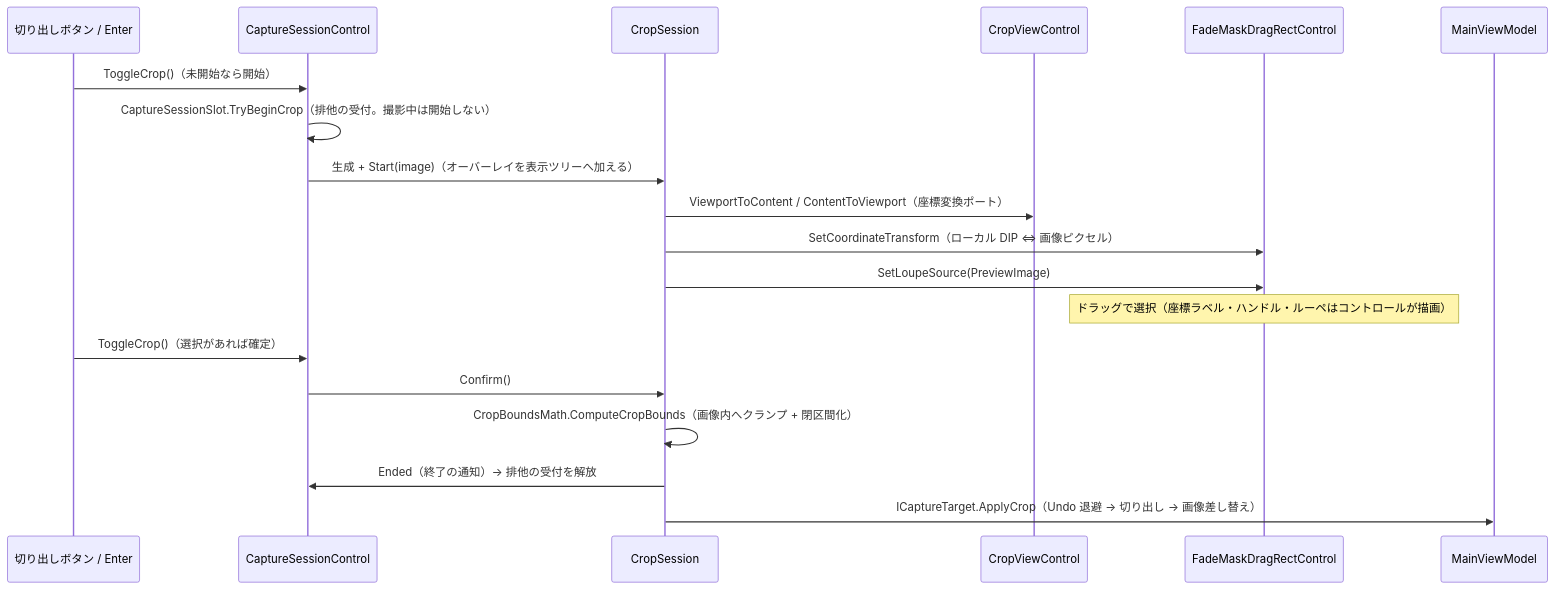
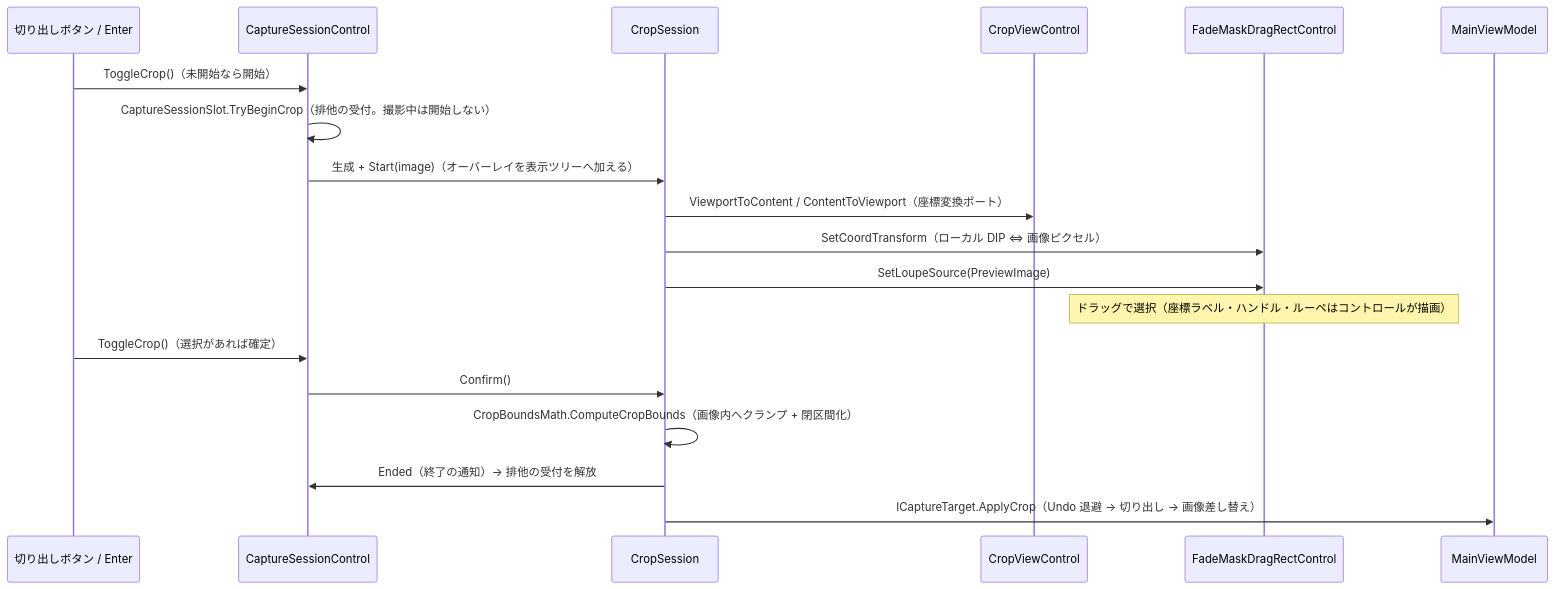
Before and after one commit to tomokuni/SaveEvidence: the fourth of 12 diagrams in src/app.MewUI/SPEC_System.md, drawn with Mermaid. The commit also changed 110 other files, not shown here.

````diff
--- a/src/app.MewUI/SPEC_System.md
+++ b/src/app.MewUI/SPEC_System.md
@@ -387,22 +387,22 @@
 ```mermaid
 sequenceDiagram
     participant BTN as 切り出しボタン / Enter
     participant PS as CaptureSessionControl
     participant CS as CropSession
     participant CV as CropViewControl
     participant FM as FadeMaskDragRectControl
     participant VM as MainViewModel
 
     BTN->>PS: ToggleCrop()（未開始なら開始）
     PS->>PS: CaptureSessionSlot.TryBeginCrop（排他の受付。撮影中は開始しない）
     PS->>CS: 生成 + Start(image)（オーバーレイを表示ツリーへ加える）
     CS->>CV: ViewportToContent / ContentToViewport（座標変換ポート）
-    CS->>FM: SetCoordinateTransform（ローカル DIP ⇔ 画像ピクセル）
+    CS->>FM: SetCoordTransform（ローカル DIP ⇔ 画像ピクセル）
     CS->>FM: SetLoupeSource(PreviewImage)
     Note over FM: ドラッグで選択（座標ラベル・ハンドル・ルーペはコントロールが描画）
     BTN->>PS: ToggleCrop()（選択があれば確定）
     PS->>CS: Confirm()
     CS->>CS: CropBoundsMath.ComputeCropBounds（画像内へクランプ + 閉区間化）
     CS->>PS: Ended（終了の通知）→ 排他の受付を解放
     CS->>VM: ICaptureTarget.ApplyCrop（Undo 退避 → 切り出し → 画像差し替え）
 ```
````
